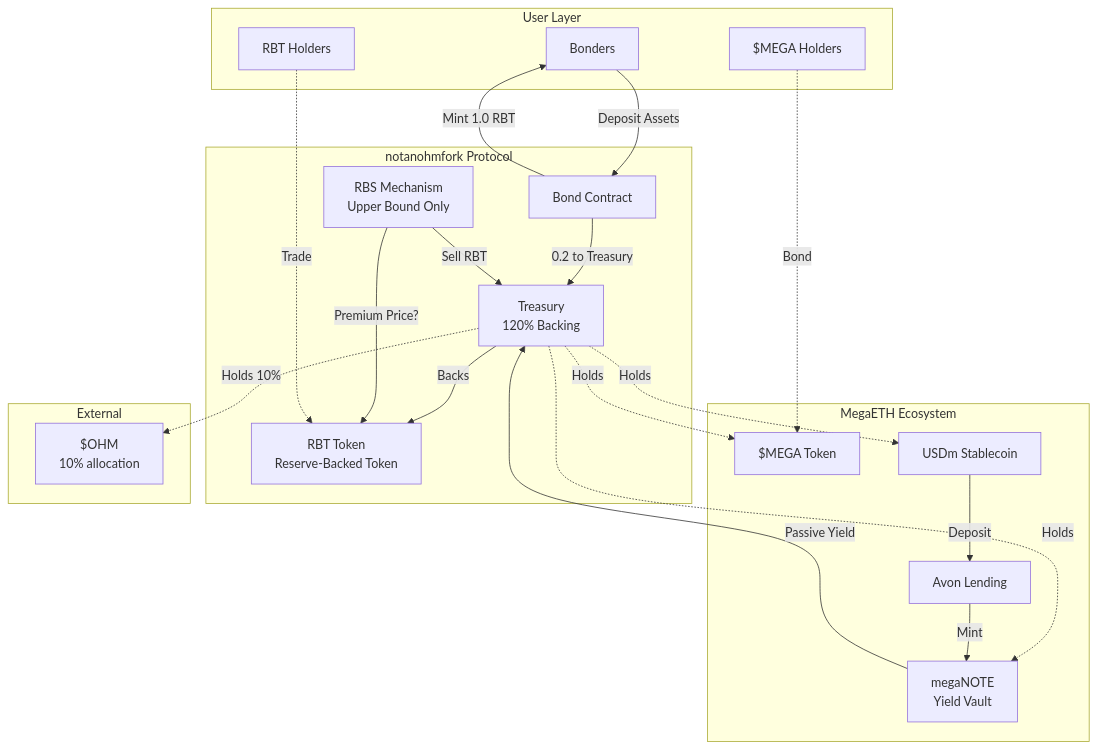
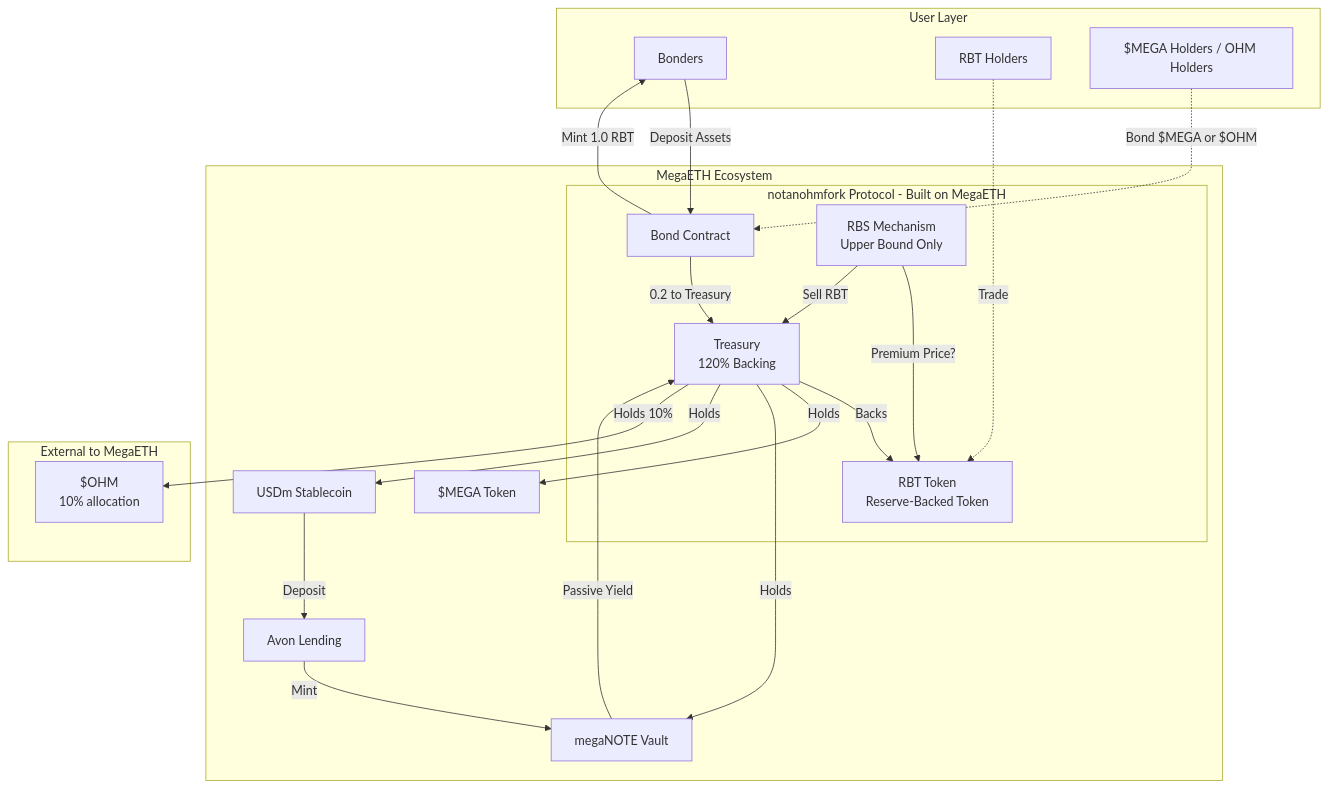
One commit to 0xJaehaerys/ohmega changed the first of 10 diagrams in docs/NOTANOHMFORK_DIAGRAMS.md. Above: the diagram before and after it, drawn with Mermaid. The commit also changed other lines of this file, not shown here.

Commit message:
Fix: show notanohmfork as part of MegaETH ecosystem, not separate

````diff
--- a/docs/NOTANOHMFORK_DIAGRAMS.md
+++ b/docs/NOTANOHMFORK_DIAGRAMS.md
@@ -9,46 +9,46 @@
 ```mermaid
 graph TB
     subgraph "User Layer"
         U1[Bonders]
         U2[RBT Holders]
-        U3[$MEGA Holders]
-    end
-    
-    subgraph "notanohmfork Protocol"
-        BOND[Bond Contract]
-        RBT[RBT Token<br/>Reserve-Backed Token]
-        TREAS[Treasury<br/>120% Backing]
-        RBS[RBS Mechanism<br/>Upper Bound Only]
+        U3[$MEGA Holders / OHM Holders]
     end
     
     subgraph "MegaETH Ecosystem"
+        subgraph "notanohmfork Protocol - Built on MegaETH"
+            BOND[Bond Contract]
+            RBT[RBT Token<br/>Reserve-Backed Token]
+            TREAS[Treasury<br/>120% Backing]
+            RBS[RBS Mechanism<br/>Upper Bound Only]
+        end
+        
         MEGA[$MEGA Token]
         USDM[USDm Stablecoin]
         AVON[Avon Lending]
-        MNOTE[megaNOTE<br/>Yield Vault]
+        MNOTE[megaNOTE Vault]
     end
     
-    subgraph "External"
+    subgraph "External to MegaETH"
         OHM[$OHM<br/>10% allocation]
     end
     
     U1 -->|Deposit Assets| BOND
     BOND -->|Mint 1.0 RBT| U1
     BOND -->|0.2 to Treasury| TREAS
     
     TREAS -->|Backs| RBT
-    TREAS -.->|Holds| MEGA
-    TREAS -.->|Holds| MNOTE
-    TREAS -.->|Holds| USDM
-    TREAS -.->|Holds 10%| OHM
+    TREAS -->|Holds| MEGA
+    TREAS -->|Holds| MNOTE
+    TREAS -->|Holds| USDM
+    TREAS -->|Holds 10%| OHM
     
     RBS -->|Premium Price?| RBT
     RBS -->|Sell RBT| TREAS
     
     USDM -->|Deposit| AVON
     AVON -->|Mint| MNOTE
     MNOTE -->|Passive Yield| TREAS
     
     U2 -.->|Trade| RBT
-    U3 -.->|Bond| MEGA
+    U3 -.->|Bond $MEGA or $OHM| BOND
 ```
````
